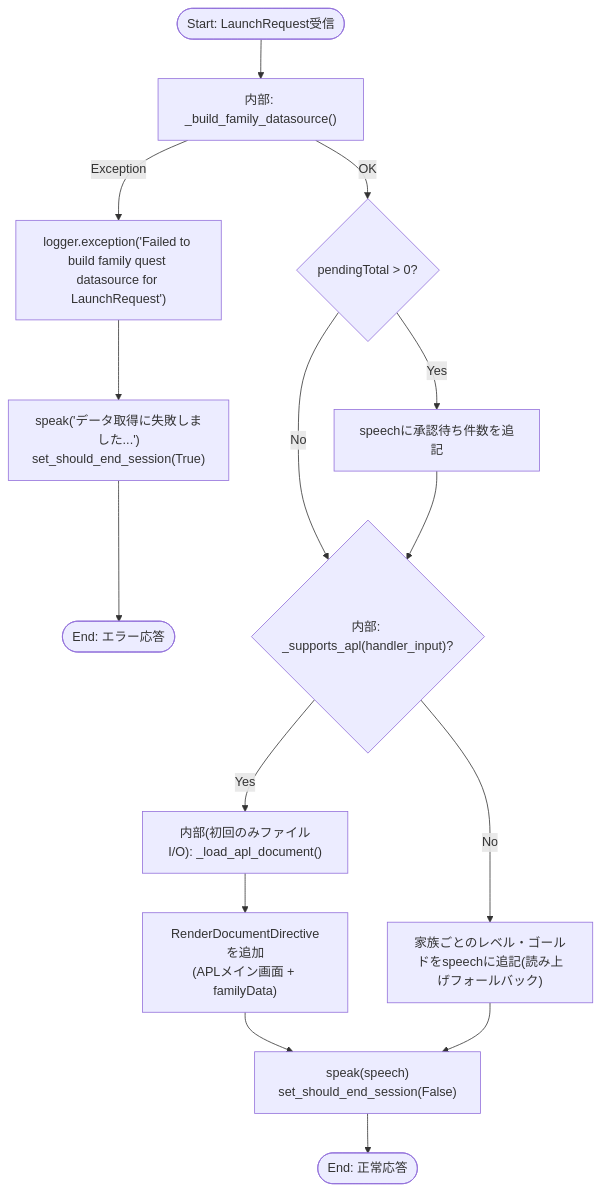
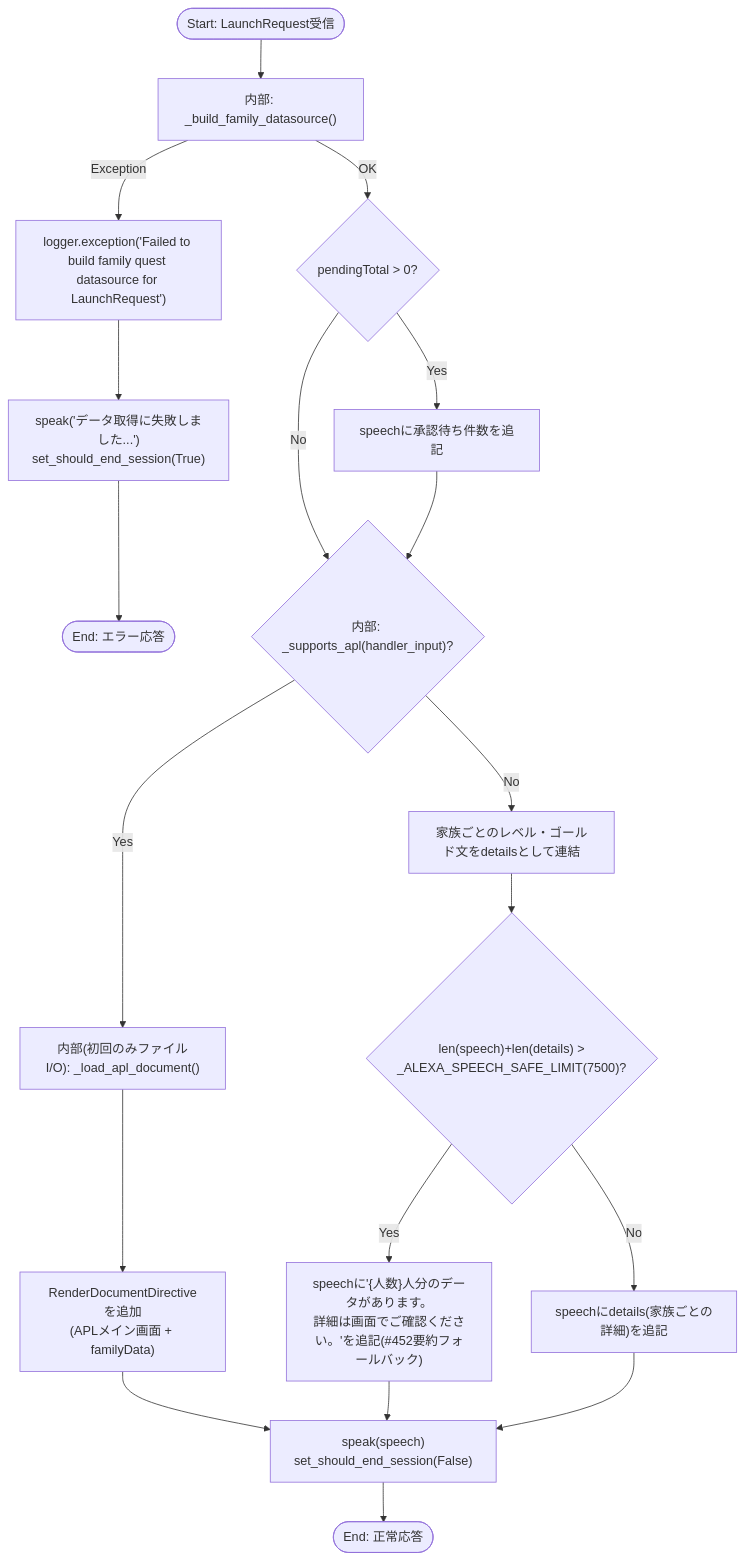
The first of 2 diagrams in docs/specifications/MY_HOME_SYSTEM/alexa_handler.md (mmtigers/my_python_project), drawn with Mermaid before and after one commit. The commit also changed other lines of this file and 87 other files, not shown here.

````diff
--- a/docs/specifications/MY_HOME_SYSTEM/alexa_handler.md
+++ b/docs/specifications/MY_HOME_SYSTEM/alexa_handler.md
@@ -175,20 +201,24 @@
 ```mermaid
 flowchart TD
     Start([Start: LaunchRequest受信]) --> BuildData["内部: _build_family_datasource()"]
     BuildData -- Exception --> LogException["logger.exception('Failed to build family quest datasource for LaunchRequest')"]
     LogException --> ErrorSpeech["speak('データ取得に失敗しました...')<br>set_should_end_session(True)"]
     ErrorSpeech --> EndError([End: エラー応答])
 
     BuildData -- OK --> CheckPending{"pendingTotal > 0?"}
     CheckPending -- Yes --> AddPendingSpeech["speechに承認待ち件数を追記"]
     CheckPending -- No --> CheckApl
     AddPendingSpeech --> CheckApl{"内部: _supports_apl(handler_input)?"}
 
     CheckApl -- Yes --> LoadApl["内部(初回のみファイルI/O): _load_apl_document()"]
     LoadApl --> AddDirective["RenderDocumentDirectiveを追加<br>(APLメイン画面 + familyData)"]
     AddDirective --> FinalSpeech
 
-    CheckApl -- No --> AppendUserSpeech["家族ごとのレベル・ゴールドをspeechに追記(読み上げフォールバック)"]
+    CheckApl -- No --> BuildDetails["家族ごとのレベル・ゴールド文をdetailsとして連結"]
+    BuildDetails --> CheckSpeechLimit{"len(speech)+len(details) ><br/>_ALEXA_SPEECH_SAFE_LIMIT(7500)?"}
+    CheckSpeechLimit -- Yes --> AppendSummary["speechに'{人数}人分のデータがあります。<br/>詳細は画面でご確認ください。'を追記(#452要約フォールバック)"]
+    CheckSpeechLimit -- No --> AppendUserSpeech["speechにdetails(家族ごとの詳細)を追記"]
+    AppendSummary --> FinalSpeech
     AppendUserSpeech --> FinalSpeech["speak(speech)<br>set_should_end_session(False)"]
     FinalSpeech --> EndOk([End: 正常応答])
 ```
````
